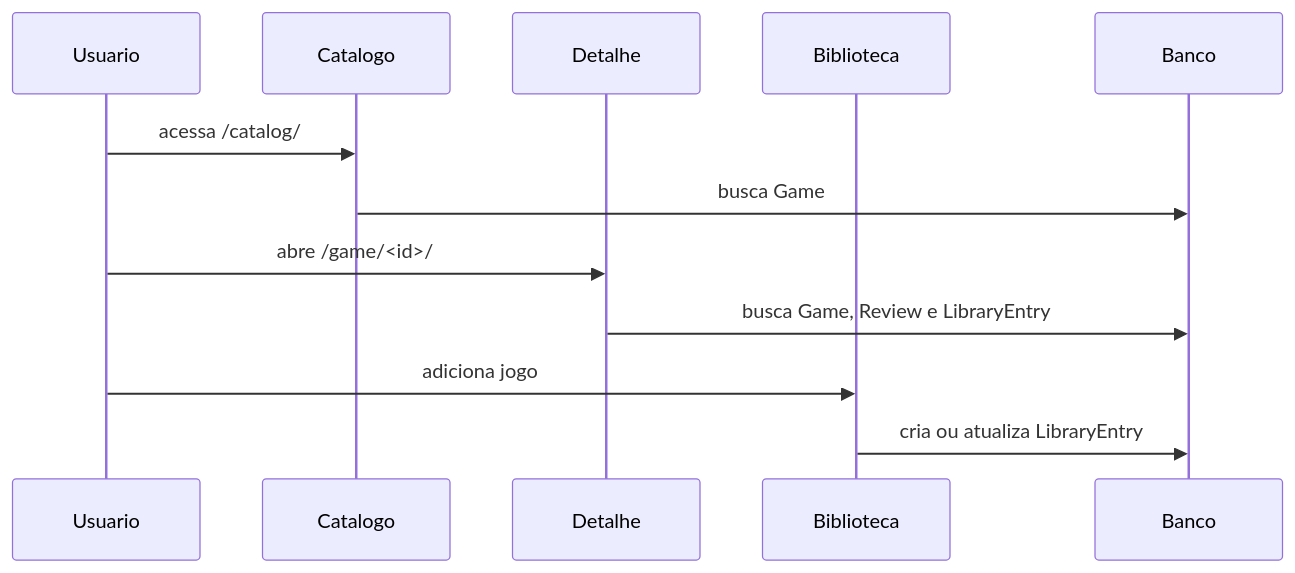
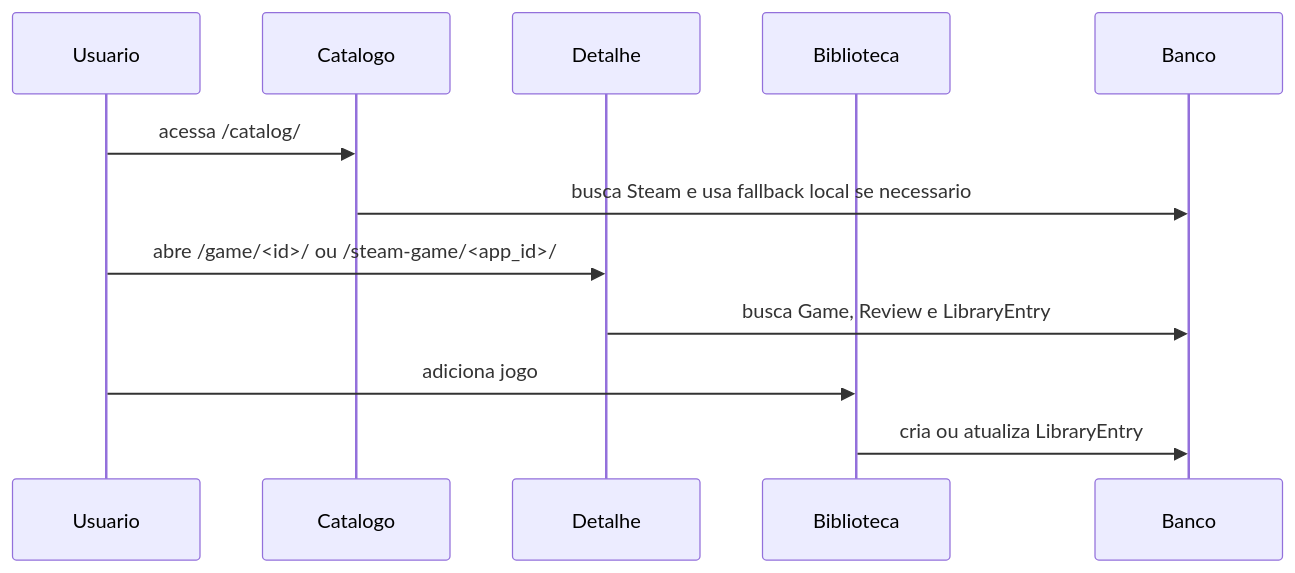
The diagram in Docs/Wiki/02 - Tecnico/Views e URLs.md (barao-maua/projeto-web-semestre-gamevault), drawn with Mermaid before and after one commit. The commit also changed other lines of this file and 43 other files, not shown here.

````diff
--- a/Docs/Wiki/02 - Tecnico/Views e URLs.md
+++ b/Docs/Wiki/02 - Tecnico/Views e URLs.md
@@ -113,14 +117,14 @@
 ```mermaid
 sequenceDiagram
     participant U as Usuario
     participant C as Catalogo
     participant D as Detalhe
     participant B as Biblioteca
     participant DB as Banco
     U->>C: acessa /catalog/
-    C->>DB: busca Game
-    U->>D: abre /game/<id>/
+    C->>DB: busca Steam e usa fallback local se necessario
+    U->>D: abre /game/<id>/ ou /steam-game/<app_id>/
     D->>DB: busca Game, Review e LibraryEntry
     U->>B: adiciona jogo
     B->>DB: cria ou atualiza LibraryEntry
 ```
````
